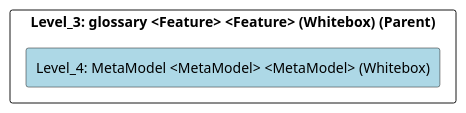
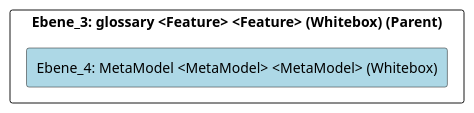
The diagram in doc/cleonproject_deliverables_architecture_model_architecture/adoc/de/05_bausteinsicht/cleon/common/glossary/metamodel/ebene_4_metamodel.adoc (marcozwyssig/cleon), drawn with PlantUML before and after one commit. The commit also changed other lines of this file and 214 other files, not shown here.

```diff
--- a/doc/cleonproject_deliverables_architecture_model_architecture/adoc/de/05_bausteinsicht/cleon/common/glossary/metamodel/ebene_4_metamodel.adoc
+++ b/doc/cleonproject_deliverables_architecture_model_architecture/adoc/de/05_bausteinsicht/cleon/common/glossary/metamodel/ebene_4_metamodel.adoc
@@ -20,24 +20,24 @@
-[plantuml, Level_4: MetaModel <MetaModel> <MetaModel> (Whitebox)BlockOverview, format="svg"]
+[plantuml, Ebene_4: MetaModel <MetaModel> <MetaModel> (Whitebox)BlockOverview, format="svg"]
 ----
-@startuml Level_4: MetaModel <MetaModel> <MetaModel> (Whitebox)BuildingBlockOverview
+@startuml Ebene_4: MetaModel <MetaModel> <MetaModel> (Whitebox)BuildingBlockOverview
 
 skinparam ranksep 10
 skinparam componentStyle rectangle
 skinparam shadowing false
 skinparam arrowColor lightblue
 skinparam arrowThickness 1.2
 skinparam rectangle {
   BackgroundColor White
   BorderColor #333
   RoundCorner 10
 }
 top to bottom direction
 
-component "Level_3: glossary <Feature> <Feature> (Whitebox) (Parent)" {
-    component "Level_4: MetaModel <MetaModel> <MetaModel> (Whitebox)" #lightblue {
+component "Ebene_3: glossary <Feature> <Feature> (Whitebox) (Parent)" {
+    component "Ebene_4: MetaModel <MetaModel> <MetaModel> (Whitebox)" #lightblue {
     }
 
 }
 
 @enduml
 ----
```
